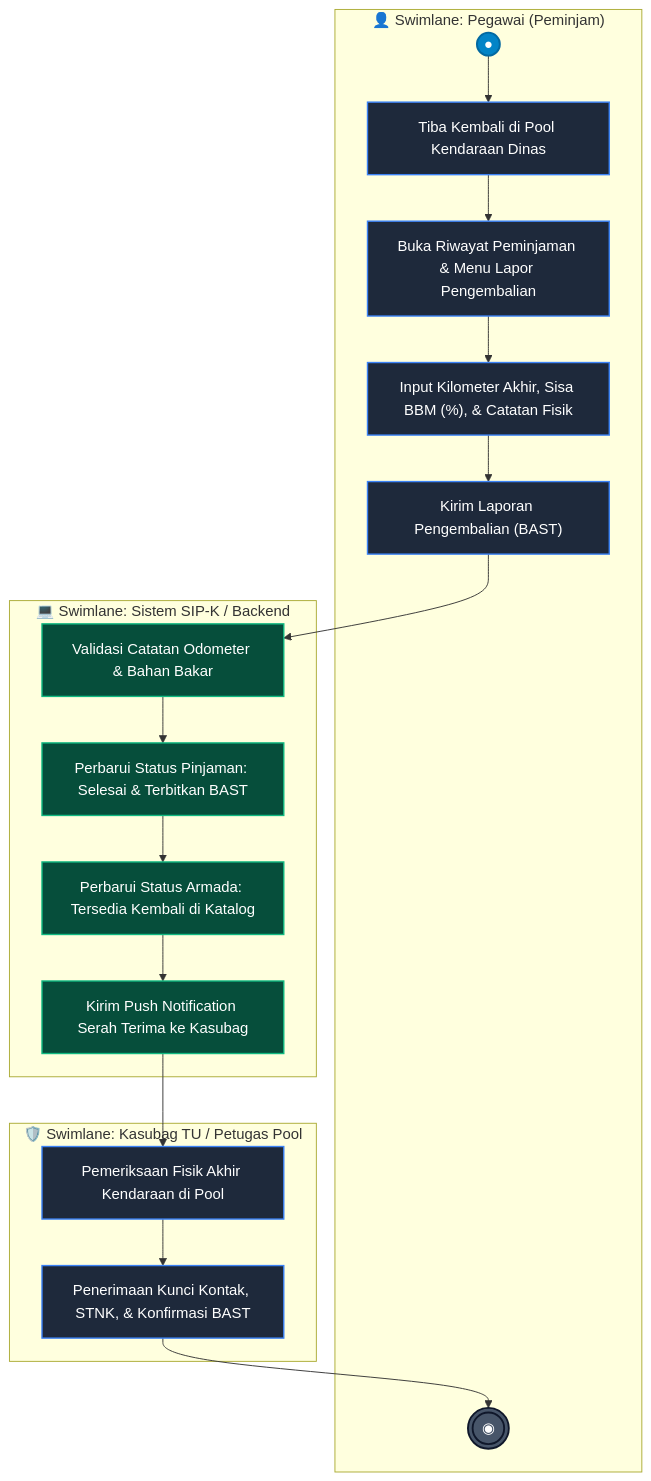
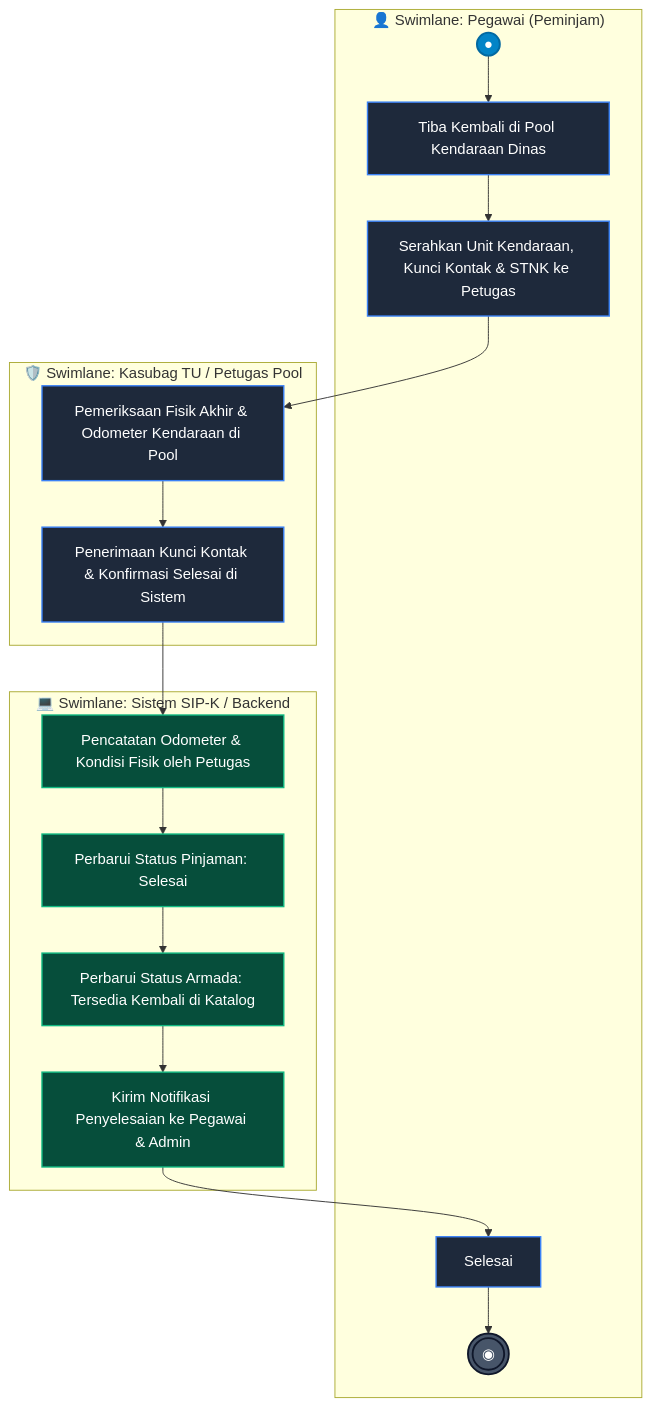
The third of 9 diagrams in README.md (ahdewa/Sip-k), drawn with Mermaid before and after one commit. The commit also changed other lines of this file and 38 other files, not shown here.

````diff
--- a/README.md
+++ b/README.md
@@ -322,47 +322,43 @@
 ```mermaid
 flowchart TD
     subgraph LANE_P2["👤 Swimlane: Pegawai (Peminjam)"]
         node_start2((●))
         act_ret_p1["Tiba Kembali di Pool Kendaraan Dinas"]
-        act_ret_p2["Buka Riwayat Peminjaman & Menu Lapor Pengembalian"]
-        act_ret_p3["Input Kilometer Akhir, Sisa BBM (%), & Catatan Fisik"]
-        act_ret_p4["Kirim Laporan Pengembalian (BAST)"]
+        act_ret_p2["Serahkan Unit Kendaraan, Kunci Kontak & STNK ke Petugas"]
+        act_ret_p3["Selesai"]
         node_end_ret(((◉)))
     end
 
     subgraph LANE_S2["💻 Swimlane: Sistem SIP-K / Backend"]
-        act_ret_s1["Validasi Catatan Odometer & Bahan Bakar"]
-        act_ret_s2["Perbarui Status Pinjaman: Selesai & Terbitkan BAST"]
+        act_ret_s1["Pencatatan Odometer & Kondisi Fisik oleh Petugas"]
+        act_ret_s2["Perbarui Status Pinjaman: Selesai"]
         act_ret_s3["Perbarui Status Armada: Tersedia Kembali di Katalog"]
-        act_ret_s4["Kirim Push Notification Serah Terima ke Kasubag"]
+        act_ret_s4["Kirim Notifikasi Penyelesaian ke Pegawai & Admin"]
     end
 
     subgraph LANE_A2["🛡️ Swimlane: Kasubag TU / Petugas Pool"]
-        act_ret_a1["Pemeriksaan Fisik Akhir Kendaraan di Pool"]
-        act_ret_a2["Penerimaan Kunci Kontak, STNK, & Konfirmasi BAST"]
+        act_ret_a1["Pemeriksaan Fisik Akhir & Odometer Kendaraan di Pool"]
+        act_ret_a2["Penerimaan Kunci Kontak & Konfirmasi Selesai di Sistem"]
     end
 
     node_start2 --> act_ret_p1
     act_ret_p1 --> act_ret_p2
-    act_ret_p2 --> act_ret_p3
-    act_ret_p3 --> act_ret_p4
-    act_ret_p4 --> act_ret_s1
-
+    act_ret_p2 --> act_ret_a1
+    act_ret_a1 --> act_ret_a2
+    act_ret_a2 --> act_ret_s1
     act_ret_s1 --> act_ret_s2
     act_ret_s2 --> act_ret_s3
     act_ret_s3 --> act_ret_s4
-
-    act_ret_s4 --> act_ret_a1
-    act_ret_a1 --> act_ret_a2
-    act_ret_a2 --> node_end_ret
+    act_ret_s4 --> act_ret_p3
+    act_ret_p3 --> node_end_ret
 
     classDef startNode fill:#0284C7,stroke:#0369A1,stroke-width:2px,color:#fff;
     classDef endNode fill:#475569,stroke:#0F172A,stroke-width:2px,color:#fff;
     classDef activity fill:#1E293B,stroke:#3B82F6,stroke-width:1.5px,color:#fff;
     classDef system fill:#064E3B,stroke:#10B981,stroke-width:1.5px,color:#fff;
 
     class node_start2 startNode;
     class node_end_ret endNode;
-    class act_ret_p1,act_ret_p2,act_ret_p3,act_ret_p4,act_ret_a1,act_ret_a2 activity;
+    class act_ret_p1,act_ret_p2,act_ret_p3,act_ret_a1,act_ret_a2 activity;
     class act_ret_s1,act_ret_s2,act_ret_s3,act_ret_s4 system;
 ```
````
